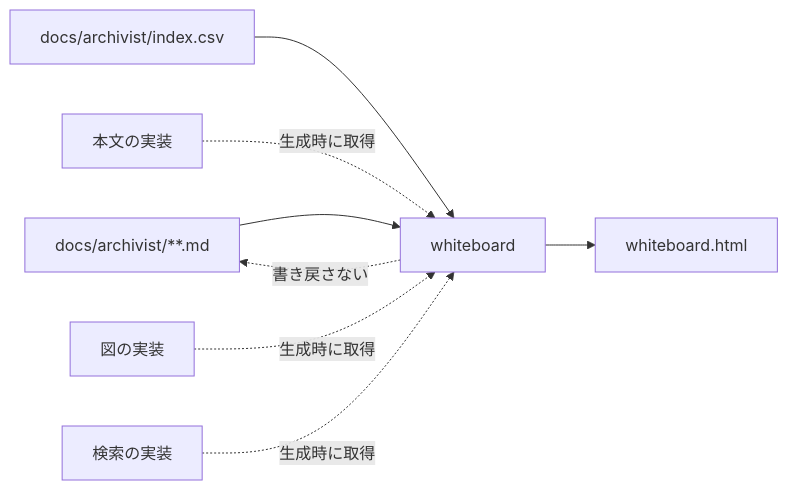
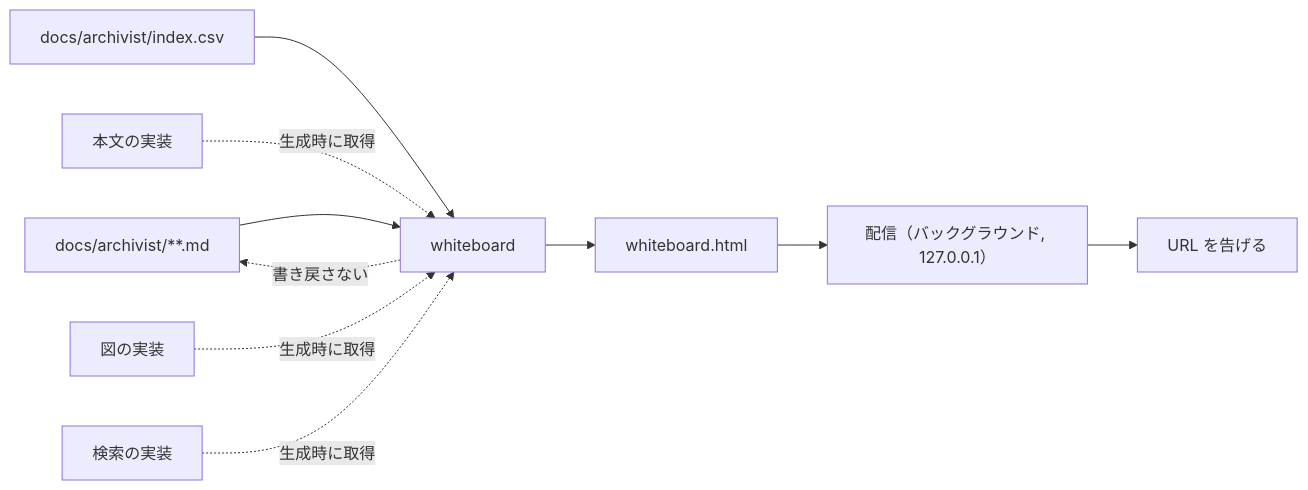
Before and after one commit to gameundwatch/archivist: the first of 6 diagrams in docs/archivist/L3_structures/whiteboard.md, drawn with Mermaid. The commit also changed other lines of this file and 5 other files, not shown here.

````diff
--- a/docs/archivist/L3_structures/whiteboard.md
+++ b/docs/archivist/L3_structures/whiteboard.md
@@ -7,10 +7,11 @@
 ```mermaid
 flowchart LR
     MD["docs/archivist/**.md"] --> GEN["whiteboard"]
     IDX["docs/archivist/index.csv"] --> GEN
     MDLIB["本文の実装"] -.生成時に取得.-> GEN
     FIGLIB["図の実装"] -.生成時に取得.-> GEN
     FINDLIB["検索の実装"] -.生成時に取得.-> GEN
     GEN --> OUT["whiteboard.html"]
     GEN -.書き戻さない.-> MD
+    OUT --> SRV["配信（バックグラウンド, 127.0.0.1）"] --> URL["URL を告げる"]
 ```
````
